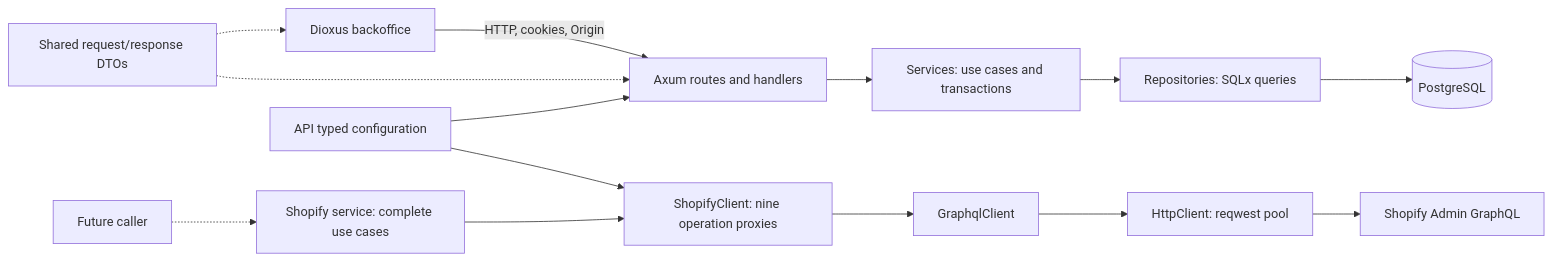
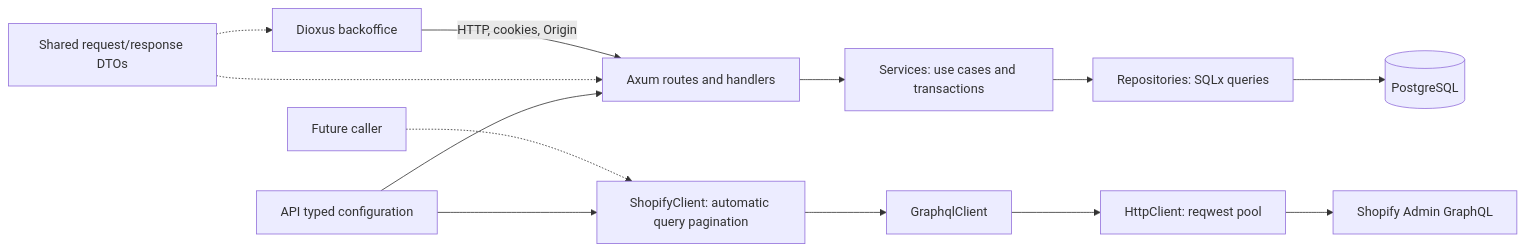
Before and after one commit to enzumeii/monolith: the first of 3 diagrams in docs/architecture.md, drawn with Mermaid. The commit also changed other lines of this file and 19 other files, not shown here.

Commit message:
refactor(api): simplify Shopify client pagination and configuration

````diff
--- a/docs/architecture.md
+++ b/docs/architecture.md
@@ -7,16 +7,15 @@
 ```mermaid
 flowchart LR
     UI["Dioxus backoffice"] -->|"HTTP, cookies, Origin"| API["Axum routes and handlers"]
     API --> SERVICES["Services: use cases and transactions"]
     SERVICES --> REPO["Repositories: SQLx queries"]
     REPO --> DB[("PostgreSQL")]
     DOMAIN["Shared request/response DTOs"] -.-> UI
     DOMAIN -.-> API
-    CALLER["Future caller"] -.-> SHOPIFYSERVICE["Shopify service: complete use cases"]
-    SHOPIFYSERVICE --> SHOPIFY["ShopifyClient: nine operation proxies"]
+    CALLER["Future caller"] -.-> SHOPIFY["ShopifyClient: automatic query pagination"]
     SHOPIFY --> GQL["GraphqlClient"]
     GQL --> HTTP["HttpClient: reqwest pool"]
     HTTP --> REMOTE["Shopify Admin GraphQL"]
     CONFIG["API typed configuration"] --> API
     CONFIG --> SHOPIFY
 ```
````
